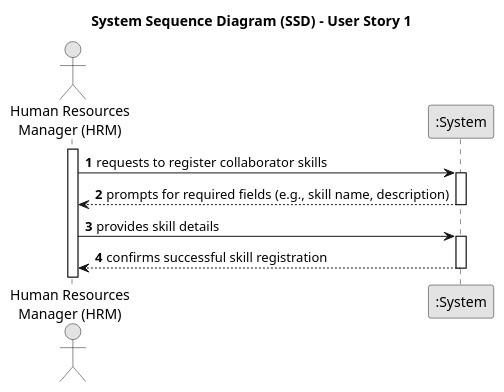
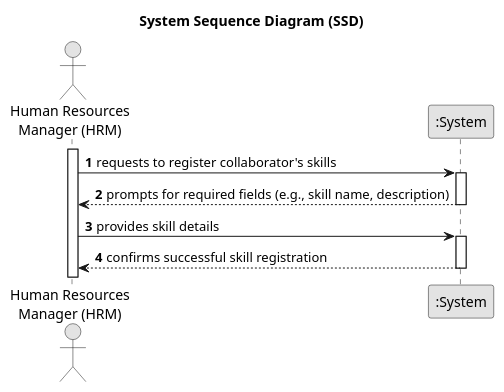
One commit to Departamento-de-Engenharia-Informatica/greenspace-management changed the diagram in docs/sprintA/us001/01.requirements-engineering/puml/us01-system-sequence-diagram.puml. Above: the diagram before and after it, drawn with PlantUML. The commit also changed 1 other file, not shown here.

Commit message:
US readme SSD update

```diff
--- a/docs/sprintA/us001/01.requirements-engineering/puml/us01-system-sequence-diagram.puml
+++ b/docs/sprintA/us001/01.requirements-engineering/puml/us01-system-sequence-diagram.puml
@@ -1,27 +1,27 @@
 @startuml
 skinparam monochrome true
 skinparam packageStyle rectangle
 skinparam shadowing false
 
-title System Sequence Diagram (SSD) - User Story 1
+title System Sequence Diagram (SSD)
 
 autonumber
 
 actor "Human Resources\nManager (HRM)" as HRM
 participant ":System" as System
 
 activate HRM
 
-    HRM -> System : requests to register collaborator skills
+    HRM -> System : requests to register collaborator's skills
     activate System
 
         System --> HRM : prompts for required fields (e.g., skill name, description)
     deactivate System
 
     HRM -> System : provides skill details
     activate System
 
         System --> HRM : confirms successful skill registration
     deactivate System
 
 @enduml
```
